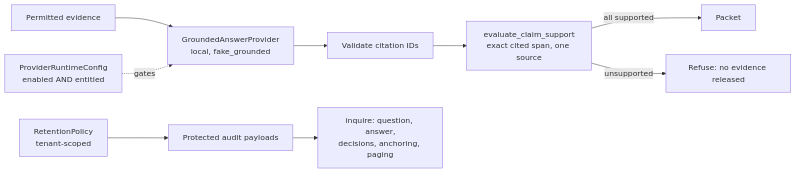
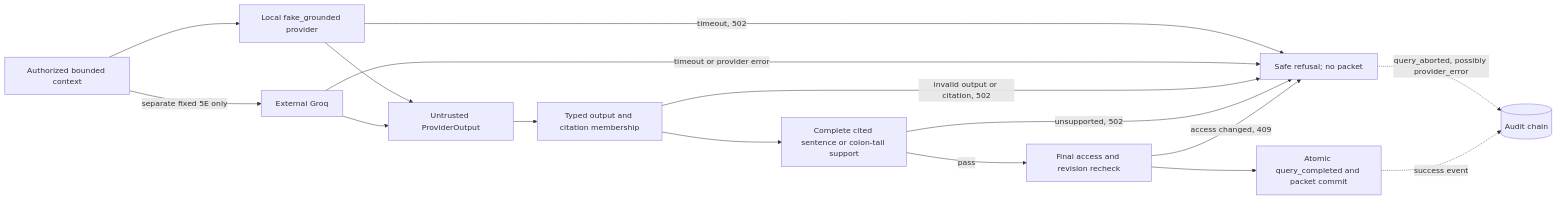
One commit to Snowfishh/Seaglass_V2 changed the fourth of 4 diagrams in docs/architecture.md. Above: the diagram before and after it, drawn with Mermaid. The commit also changed other lines of this file and 3 other files, not shown here.

Commit message:
docs: extend verified-scope alignment to trust-boundary diagram and submission text

````diff
--- a/docs/architecture.md
+++ b/docs/architecture.md
@@ -146,11 +188,18 @@
 ```mermaid
 flowchart LR
-    E[Permitted evidence] --> G[GroundedAnswerProvider<br/>local, fake_grounded]
-    G --> C[Validate citation IDs]
-    C --> S[evaluate_claim_support<br/>exact cited span, one source]
-    S -->|all supported| P[Packet]
-    S -->|unsupported| X[Refuse: no evidence released]
-    L[ProviderRuntimeConfig<br/>enabled AND entitled] -.gates.-> G
-    R[RetentionPolicy<br/>tenant-scoped] --> A[Protected audit payloads]
-    A --> Q[inquire: question, answer,<br/>decisions, anchoring, paging]
+    E[Authorized bounded context] --> P[Local fake_grounded provider]
+    E -->|separate fixed 5E only| G[External Groq]
+    P --> U[Untrusted ProviderOutput]
+    G --> U
+    U --> T[Typed output and citation membership]
+    T --> S[Complete cited sentence or colon-tail support]
+    S -->|pass| V[Final access and revision recheck]
+    V --> C[Atomic query_completed and packet commit]
+    P -->|timeout, 502| X[Safe refusal; no packet]
+    G -->|timeout or provider error| X
+    T -->|invalid output or citation, 502| X
+    S -->|unsupported, 502| X
+    V -->|access changed, 409| X
+    X -.->|query_aborted, possibly provider_error| A[(Audit chain)]
+    C -.->|success event| A
 ```
````
